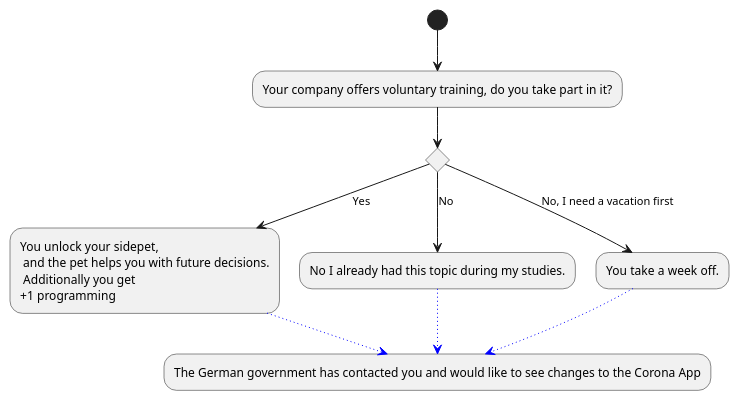
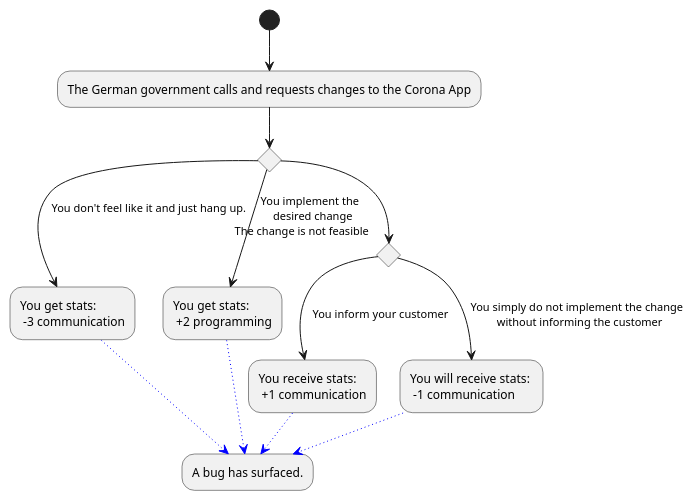
The diagram in Docs/Technical Specifications/docs/diagrams/StoryFlow/StoryFlow_Decision_10.puml (Brotenko/QualityQuest), drawn with PlantUML before and after one commit. The commit also changed 28 other files, not shown here.

```diff
--- a/Docs/Technical Specifications/docs/diagrams/StoryFlow/StoryFlow_Decision_10.puml
+++ b/Docs/Technical Specifications/docs/diagrams/StoryFlow/StoryFlow_Decision_10.puml
@@ -1,15 +1,16 @@
 @startuml
-(*) --> "Your company offers voluntary training, do you take part in it?"
-
-if "" then
---> [Yes] "You unlock your sidepet, \n and the pet helps you with future decisions.\n Additionally you get \n+1 programming" as a1
+(*) --> "The German government calls and requests changes to the Corona App" as app
+if "" then 
+--> [You don't feel like it and just hang up.] "You get stats: \n -3 communication" as a1
+else 
+--> [You implement the \n desired change] "You get stats: \n +2 programming" as a2
 else
---> [No] "No I already had this topic during my studies." as a2
+if "The change is not feasible"
+--> [You inform your customer] "You receive stats: \n +1 communication" as b1
 else 
---> [No, I need a vacation first] "You take a week off." as a3
-endif
-
--[#blue,dotted]-> "The German government has contacted you and would like to see changes to the Corona App" as app
-a2 -[#blue,dotted]-> app
-a1 -[#blue,dotted]-> app
+--> [You simply do not implement the change \n without informing the customer] "You will receive stats: \n -1 communication"
+-[#blue,dotted]-> "A bug has surfaced." as bug 
+a1 -[#blue,dotted]-> bug
+a2 -[#blue,dotted]-> bug
+b1 -[#blue,dotted]-> bug
 @enduml
```
